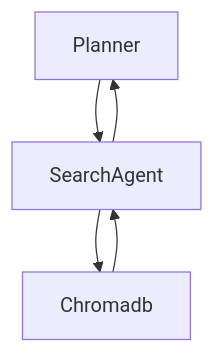
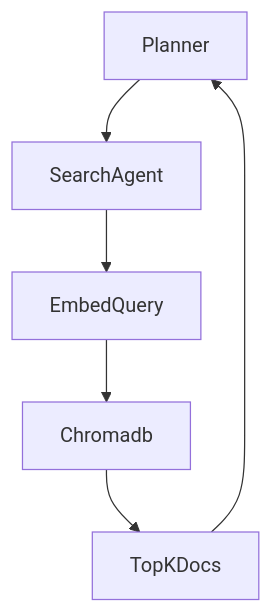
One commit to aisamai63/COMP248-AI-MATH-gp changed the third of 9 diagrams in design/README_design.md. Above: the diagram before and after it, drawn with Mermaid. The commit also changed other lines of this file and 2 other files, not shown here.

Commit message:
Fixed hierarchy/workflow/ER/UML diagram rendering in GitHub preview

````diff
--- a/design/README_design.md
+++ b/design/README_design.md
@@ -158,7 +59,8 @@
 ```mermaid
 flowchart TD
   Planner --> SearchAgent
-  SearchAgent --> Chromadb
-  Chromadb --> SearchAgent
-  SearchAgent --> Planner
+  SearchAgent --> EmbedQuery
+  EmbedQuery --> Chromadb
+  Chromadb --> TopKDocs
+  TopKDocs --> Planner
 ```
````
